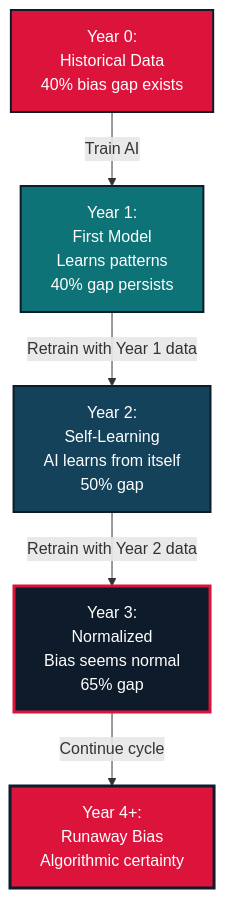
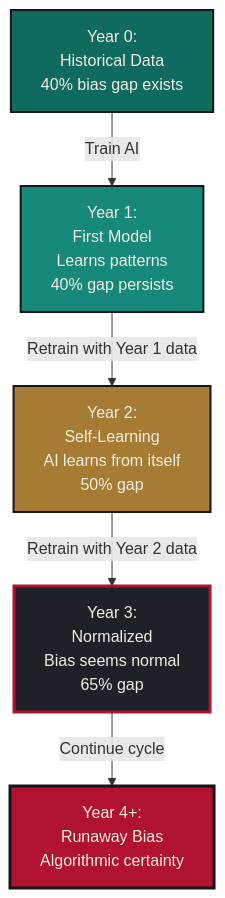
One commit to pysaurav/nyfolio changed the diagram in content/posts/ai-discrimination-norwegian-hiring.md. Above: the diagram before and after it, drawn with Mermaid. The commit also changed 40 other files, not shown here.

````diff
--- a/content/posts/ai-discrimination-norwegian-hiring.md
+++ b/content/posts/ai-discrimination-norwegian-hiring.md
@@ -53,18 +53,18 @@
 ```mermaid
 
 graph TD
 A[Year 0: 
 Historical Data<br/>40% bias gap exists] -->|Train AI| B[Year 1: 
 First Model<br/>Learns patterns<br/>40% gap persists]
 B -->|Retrain with Year 1 data| C[Year 2: 
 Self-Learning<br/>AI learns from itself<br/>50% gap]
 C -->|Retrain with Year 2 data| D[Year 3: 
 Normalized<br/>Bias seems normal<br/>65% gap]
 D -->|Continue cycle| E[Year 4+: 
 Runaway Bias<br/>Algorithmic certainty]
-style A fill:#DC143C,stroke:#0E1B2A,stroke-width:2px,color:#fff
-style B fill:#0D7377,stroke:#0E1B2A,stroke-width:2px,color:#fff
-style C fill:#14425A,stroke:#0E1B2A,stroke-width:2px,color:#fff
-style D fill:#0E1B2A,stroke:#DC143C,stroke-width:3px,color:#fff
-style E fill:#DC143C,stroke:#0E1B2A,stroke-width:3px,color:#fff
+style A fill:#0F6B60,stroke:#14161B,stroke-width:2px,color:#F4EEE2
+style B fill:#17897B,stroke:#14161B,stroke-width:2px,color:#F4EEE2
+style C fill:#A67C35,stroke:#14161B,stroke-width:2px,color:#F4EEE2
+style D fill:#1E2128,stroke:#B01230,stroke-width:3px,color:#F4EEE2
+style E fill:#B01230,stroke:#14161B,stroke-width:3px,color:#F4EEE2
 ```
````
